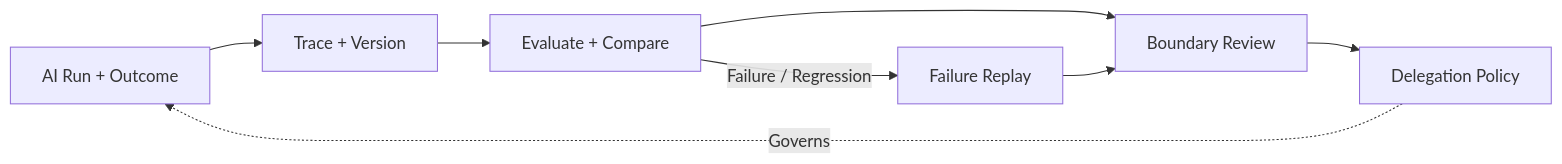
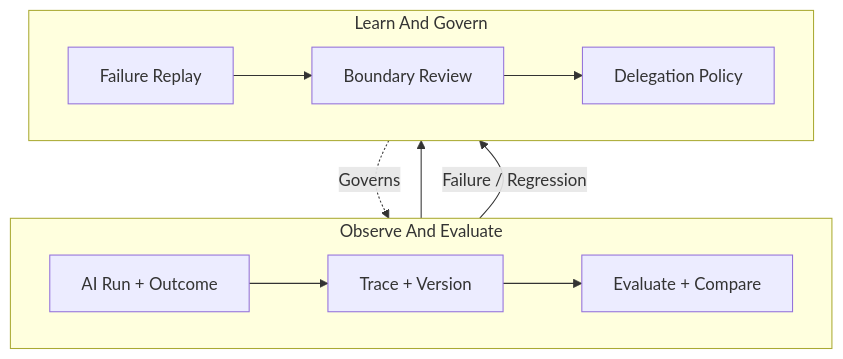
Before and after one commit to mols3131d/hmda-data-reliability: the third of 3 diagrams in docs/VISION.md, drawn with Mermaid. The commit also changed other lines of this file, not shown here.

Commit message:
docs: compact vision mermaid layouts

````diff
--- a/docs/VISION.md
+++ b/docs/VISION.md
@@ -98,10 +106,16 @@
 ```mermaid
-flowchart LR
-    run["AI Run + Outcome"] --> trace["Trace + Version"]
-    trace --> evaluate["Evaluate + Compare"]
-    evaluate --> review["Boundary Review"]
-    evaluate -->|Failure / Regression| replay["Failure Replay"]
-    replay --> review
-    review --> policy["Delegation Policy"]
+flowchart TB
+    subgraph observation ["Observe And Evaluate"]
+        direction LR
+        run["AI Run + Outcome"] --> trace["Trace + Version"] --> evaluate["Evaluate + Compare"]
+    end
+
+    subgraph governance ["Learn And Govern"]
+        direction LR
+        replay["Failure Replay"] --> review["Boundary Review"] --> policy["Delegation Policy"]
+    end
+
+    evaluate --> review
+    evaluate -->|Failure / Regression| replay
     policy -. Governs .-> run
 ```
````
